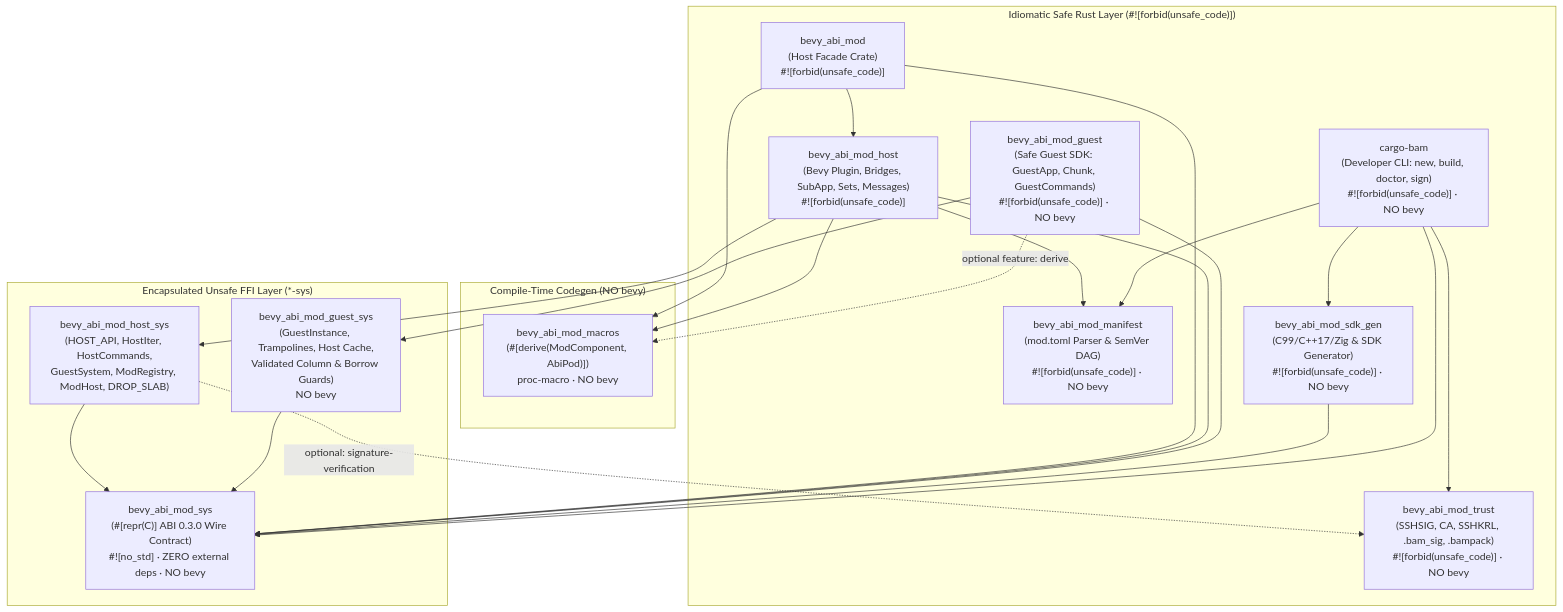
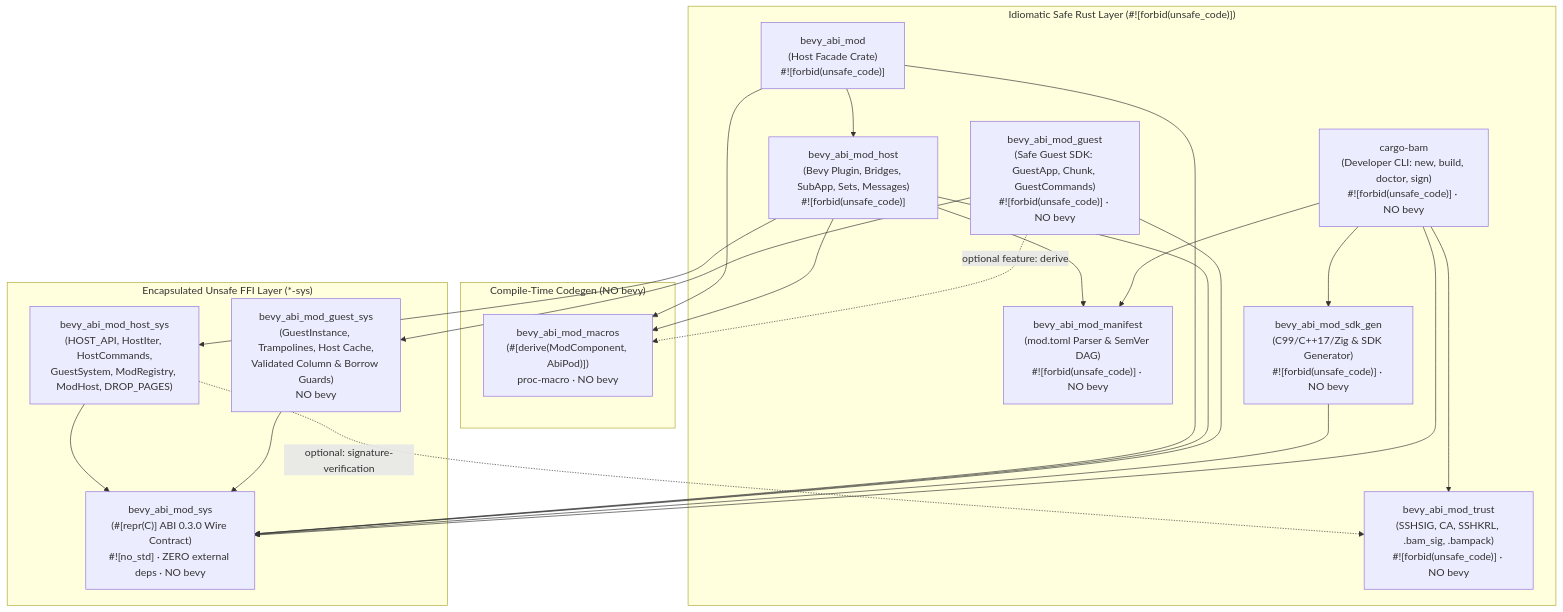
Before and after one commit to yaga-simha/bevy_mod_abi: the diagram in spec.md, drawn with Mermaid. The commit also changed other lines of this file and 95 other files, not shown here.

````diff
--- a/spec.md
+++ b/spec.md
@@ -37,45 +37,45 @@
 ```mermaid
 flowchart TD
     subgraph SafeLayer["Idiomatic Safe Rust Layer (#![forbid(unsafe_code)])"]
         BAM["bevy_abi_mod<br/>(Host Facade Crate)<br/>#![forbid(unsafe_code)]"]
         HOST["bevy_abi_mod_host<br/>(Bevy Plugin, Bridges, SubApp, Sets, Messages)<br/>#![forbid(unsafe_code)]"]
         GUEST["bevy_abi_mod_guest<br/>(Safe Guest SDK: GuestApp, Chunk, GuestCommands)<br/>#![forbid(unsafe_code)] · NO bevy"]
         TRUST["bevy_abi_mod_trust<br/>(SSHSIG, CA, SSHKRL, .bam_sig, .bampack)<br/>#![forbid(unsafe_code)] · NO bevy"]
         MANIFEST["bevy_abi_mod_manifest<br/>(mod.toml Parser & SemVer DAG)<br/>#![forbid(unsafe_code)] · NO bevy"]
         SDKGEN["bevy_abi_mod_sdk_gen<br/>(C99/C++17/Zig & SDK Generator)<br/>#![forbid(unsafe_code)] · NO bevy"]
         CLI["cargo-bam<br/>(Developer CLI: new, build, doctor, sign)<br/>#![forbid(unsafe_code)] · NO bevy"]
     end
 
     subgraph MacroLayer["Compile-Time Codegen (NO bevy)"]
         MACROS["bevy_abi_mod_macros<br/>(#[derive(ModComponent, AbiPod)])<br/>proc-macro · NO bevy"]
     end
 
     subgraph SysLayer["Encapsulated Unsafe FFI Layer (*-sys)"]
-        HOST_SYS["bevy_abi_mod_host_sys<br/>(HOST_API, HostIter, HostCommands,<br/>GuestSystem, ModRegistry, ModHost, DROP_SLAB)"]
+        HOST_SYS["bevy_abi_mod_host_sys<br/>(HOST_API, HostIter, HostCommands,<br/>GuestSystem, ModRegistry, ModHost, DROP_PAGES)"]
         GUEST_SYS["bevy_abi_mod_guest_sys<br/>(GuestInstance, Trampolines, Host Cache,<br/>Validated Column & Borrow Guards)<br/>NO bevy"]
         SYS["bevy_abi_mod_sys<br/>(#[repr(C)] ABI 0.3.0 Wire Contract)<br/>#![no_std] · ZERO external deps · NO bevy"]
     end
 
     BAM --> HOST
     BAM --> MACROS
     BAM --> SYS
 
     HOST --> HOST_SYS
     HOST --> MANIFEST
     HOST --> MACROS
     HOST --> SYS
 
     HOST_SYS -. "optional: signature-verification" .-> TRUST
     HOST_SYS --> SYS
 
     GUEST --> GUEST_SYS
     GUEST -. "optional feature: derive" .-> MACROS
     GUEST --> SYS
     GUEST_SYS --> SYS
 
     SDKGEN --> SYS
     CLI --> SYS
     CLI --> TRUST
     CLI --> MANIFEST
     CLI --> SDKGEN
 ```
````
